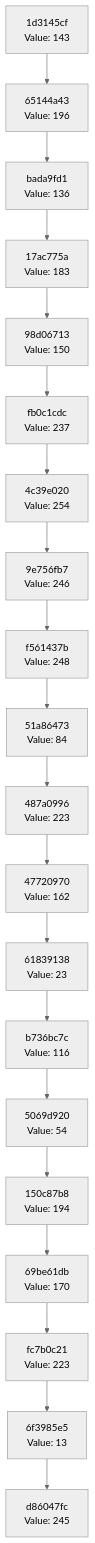
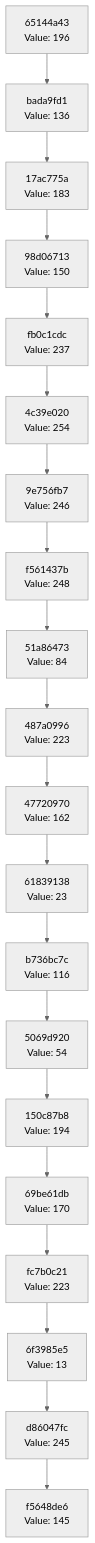
Before and after one commit to Abhisheksinha1506/hash-chain-evolver: the diagram in docs/CHAIN_VISUALIZATION.md, drawn with Mermaid (neutral theme). The commit also changed 2 other files, not shown here.

Commit message:
Evolution step: hash 0x91 → action executed

````diff
--- a/docs/CHAIN_VISUALIZATION.md
+++ b/docs/CHAIN_VISUALIZATION.md
@@ -3,42 +3,42 @@
 ```mermaid
 graph TD
-    C0["d86047fc<br/>Value: 245"]
-    C1["6f3985e5<br/>Value: 13"]
+    C0["f5648de6<br/>Value: 145"]
+    C1["d86047fc<br/>Value: 245"]
     C1 --> C0
-    C2["fc7b0c21<br/>Value: 223"]
+    C2["6f3985e5<br/>Value: 13"]
     C2 --> C1
-    C3["69be61db<br/>Value: 170"]
+    C3["fc7b0c21<br/>Value: 223"]
     C3 --> C2
-    C4["150c87b8<br/>Value: 194"]
+    C4["69be61db<br/>Value: 170"]
     C4 --> C3
-    C5["5069d920<br/>Value: 54"]
+    C5["150c87b8<br/>Value: 194"]
     C5 --> C4
-    C6["b736bc7c<br/>Value: 116"]
+    C6["5069d920<br/>Value: 54"]
     C6 --> C5
-    C7["61839138<br/>Value: 23"]
+    C7["b736bc7c<br/>Value: 116"]
     C7 --> C6
-    C8["47720970<br/>Value: 162"]
+    C8["61839138<br/>Value: 23"]
     C8 --> C7
-    C9["487a0996<br/>Value: 223"]
+    C9["47720970<br/>Value: 162"]
     C9 --> C8
-    C10["51a86473<br/>Value: 84"]
+    C10["487a0996<br/>Value: 223"]
     C10 --> C9
-    C11["f561437b<br/>Value: 248"]
+    C11["51a86473<br/>Value: 84"]
     C11 --> C10
-    C12["9e756fb7<br/>Value: 246"]
+    C12["f561437b<br/>Value: 248"]
     C12 --> C11
-    C13["4c39e020<br/>Value: 254"]
+    C13["9e756fb7<br/>Value: 246"]
     C13 --> C12
-    C14["fb0c1cdc<br/>Value: 237"]
+    C14["4c39e020<br/>Value: 254"]
     C14 --> C13
-    C15["98d06713<br/>Value: 150"]
+    C15["fb0c1cdc<br/>Value: 237"]
     C15 --> C14
-    C16["17ac775a<br/>Value: 183"]
+    C16["98d06713<br/>Value: 150"]
     C16 --> C15
-    C17["bada9fd1<br/>Value: 136"]
+    C17["17ac775a<br/>Value: 183"]
     C17 --> C16
-    C18["65144a43<br/>Value: 196"]
+    C18["bada9fd1<br/>Value: 136"]
     C18 --> C17
-    C19["1d3145cf<br/>Value: 143"]
+    C19["65144a43<br/>Value: 196"]
     C19 --> C18
 ```
````
